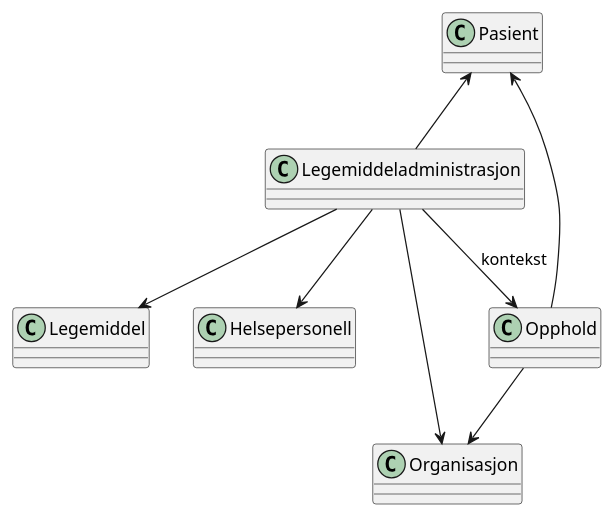
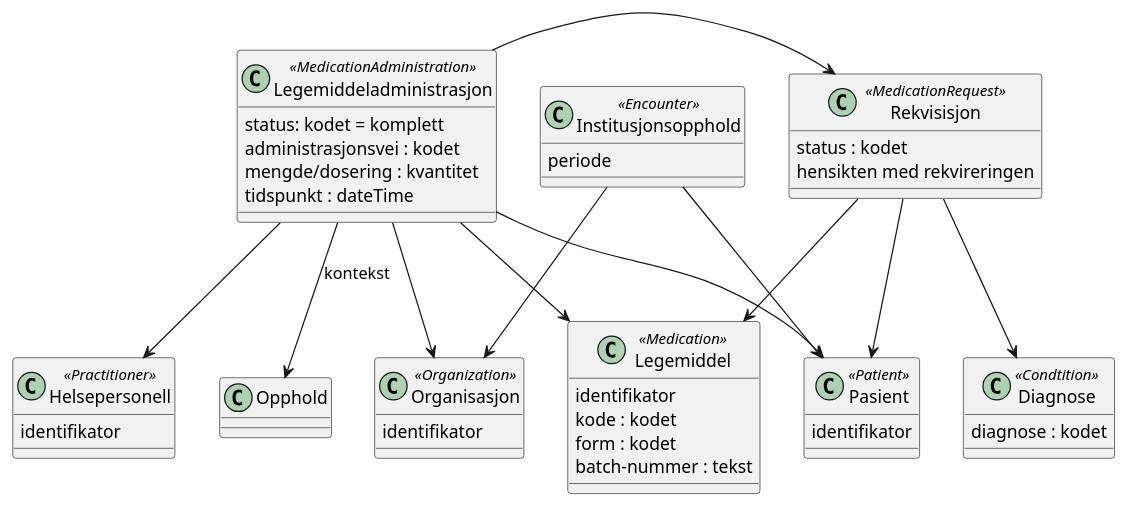
Before and after one commit to HL7Norway/LMDI: the diagram in modeller/informasjonsmodell-test.plantuml, drawn with PlantUML. The commit also changed 1 other file, not shown here.

```diff
--- a/modeller/informasjonsmodell-test.plantuml
+++ b/modeller/informasjonsmodell-test.plantuml
@@ -1,18 +1,53 @@
 @startuml
 
-class Pasient
-class Legemiddeladministrasjon
-class Legemiddel 
-class Helsepersonell
-class Organisasjon
-class Opphold
+class Pasient <<Patient>> {
+   identifikator
+}
+class Legemiddeladministrasjon <<MedicationAdministration>> {
+   status: kodet = komplett
+   administrasjonsvei : kodet
+   mengde/dosering : kvantitet
+   tidspunkt : dateTime
+}
+class Legemiddel <<Medication>> {
+   identifikator
+   kode : kodet
+   form : kodet
+   batch-nummer : tekst
+
+}
+
+class Helsepersonell <<Practitioner>> {
+   identifikator
+}
+class Organisasjon <<Organization>> {
+   identifikator
+}
+
+class Institusjonsopphold <<Encounter>> {
+   periode
+}
+
+class Diagnose <<Condtition>> {
+   diagnose : kodet
+}
+
+class Rekvisisjon <<MedicationRequest>> {
+   status : kodet
+   hensikten med rekvireringen
+
+}
 
 Pasient <-- Legemiddeladministrasjon
-Legemiddeladministrasjon --> Legemiddel 
+Legemiddeladministrasjon -> Legemiddel 
 Legemiddeladministrasjon --> Helsepersonell
 Legemiddeladministrasjon --> Organisasjon
-Opphold --> Pasient
-Opphold --> Organisasjon
+Legemiddeladministrasjon -> Rekvisisjon
+Rekvisisjon --> Pasient
+Institusjonsopphold --> Pasient
+Institusjonsopphold --> Organisasjon
 Legemiddeladministrasjon --> Opphold : kontekst
+Rekvisisjon --> Diagnose
+Rekvisisjon --> Legemiddel
 
 @enduml
```
